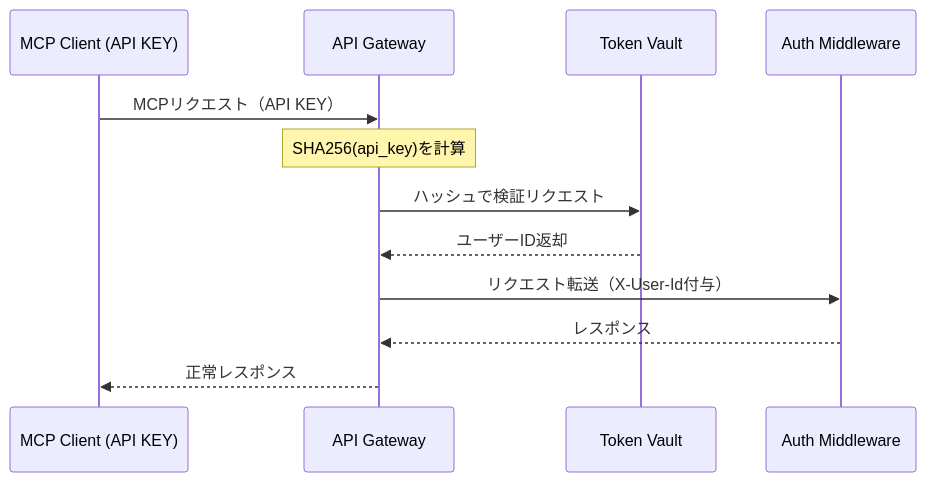
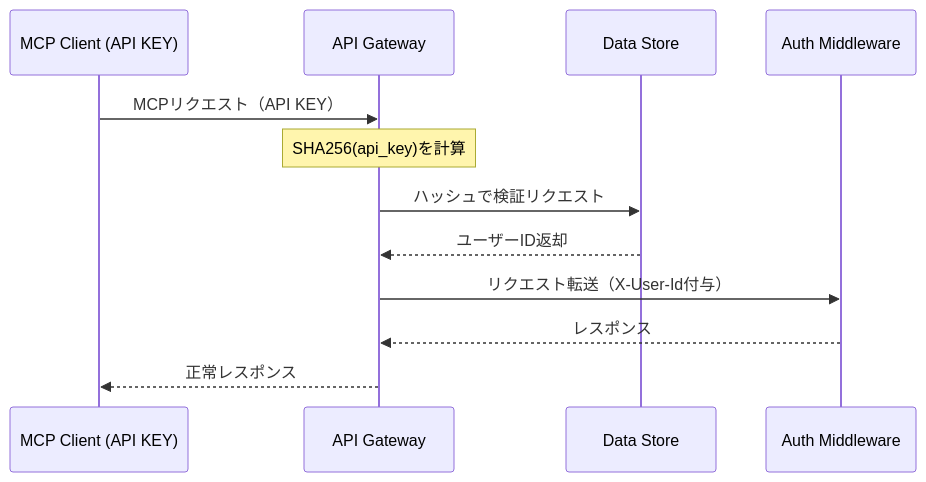
One commit to shibaleo/mcpist changed the diagram in docs/002_specification/interaction/dtl-itr-CLK-GWY.md. Above: the diagram before and after it, drawn with Mermaid. The commit also changed other lines of this file and 19 other files, not shown here.

````diff
--- a/docs/002_specification/interaction/dtl-itr-CLK-GWY.md
+++ b/docs/002_specification/interaction/dtl-itr-CLK-GWY.md
@@ -62,15 +61,15 @@
 ```mermaid
 sequenceDiagram
     participant CLK as MCP Client (API KEY)
     participant GWY as API Gateway
-    participant TVL as Token Vault
+    participant DST as Data Store
     participant AMW as Auth Middleware
 
     CLK->>GWY: MCPリクエスト（API KEY）
     Note over GWY: SHA256(api_key)を計算
-    GWY->>TVL: ハッシュで検証リクエスト
-    TVL-->>GWY: ユーザーID返却
+    GWY->>DST: ハッシュで検証リクエスト
+    DST-->>GWY: ユーザーID返却
     GWY->>AMW: リクエスト転送（X-User-Id付与）
     AMW-->>GWY: レスポンス
     GWY-->>CLK: 正常レスポンス
 ```
````
